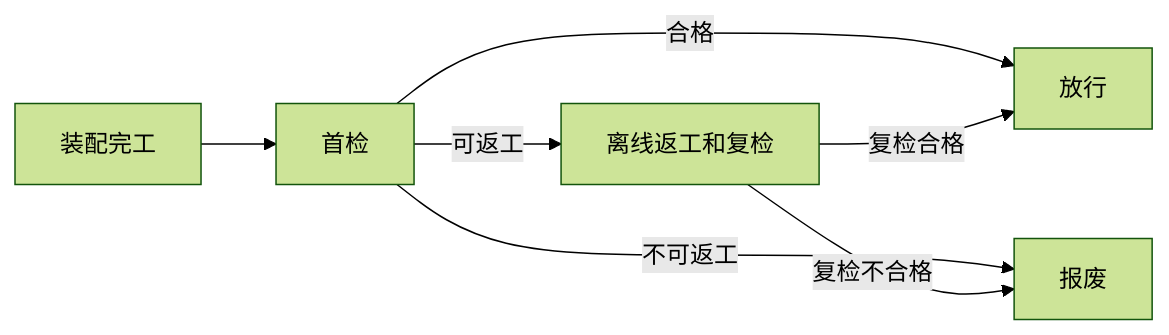
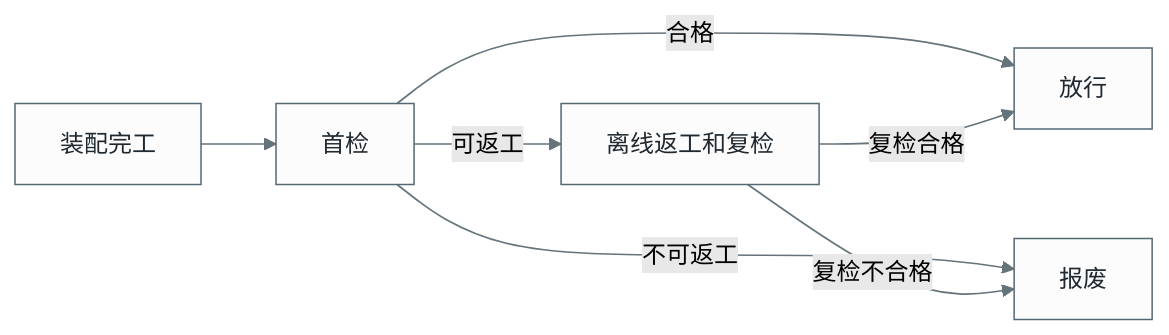
One commit to lingtao-meng/supply-chain-operations-analytics changed the diagram in manufacturing/GOOD_OUTPUT.md. Above: the diagram before and after it, drawn with Mermaid (forest theme). The commit also changed 43 other files, not shown here.

Commit message:
重绘装配线仿真与运营图库，补齐看板的季度维度

````diff
--- a/manufacturing/GOOD_OUTPUT.md
+++ b/manufacturing/GOOD_OUTPUT.md
@@ -5,9 +5,11 @@
 ```mermaid
 flowchart LR
     A["装配完工"] --> B["首检"]
     B -->|合格| C["放行"]
     B -->|不可返工| D["报废"]
     B -->|可返工| E["离线返工和复检"]
     E -->|复检合格| C
     E -->|复检不合格| D
+    classDef default fill:#fcfcfc,stroke:#536875,color:#202930,stroke-width:1px
+    linkStyle default stroke:#65737a,stroke-width:1.1px
 ```
````
